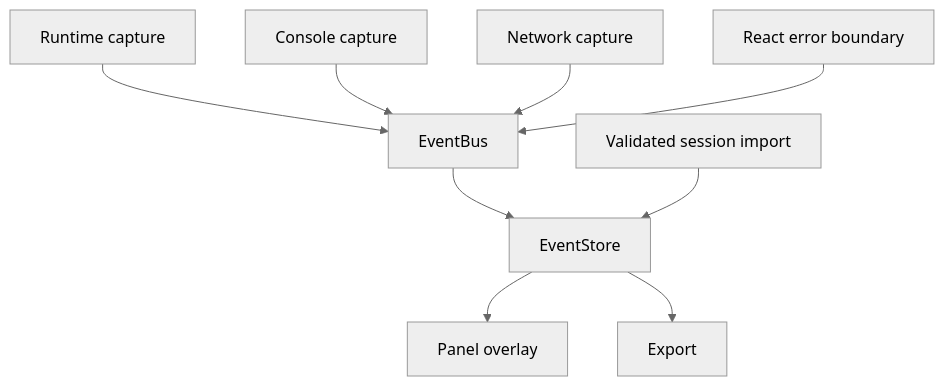
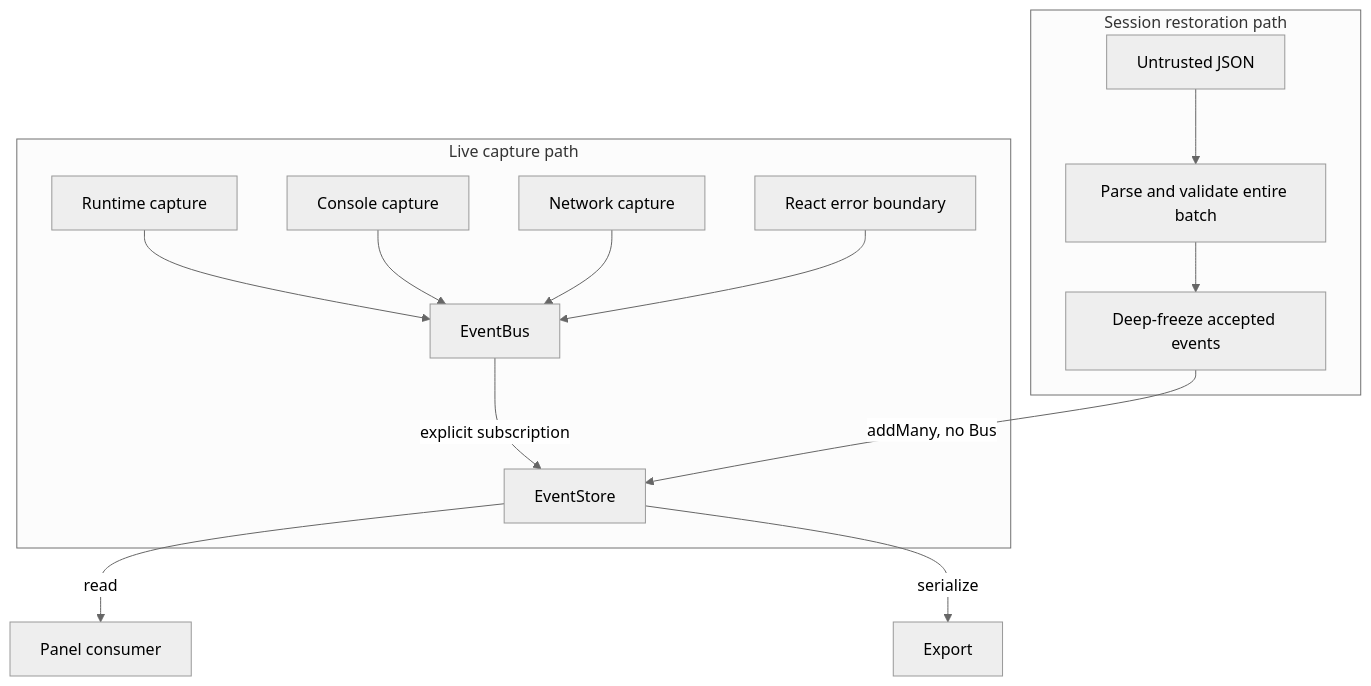
One commit to Mystify7777/stories changed the diagram in stories/devlens/README.md. Above: the diagram before and after it, drawn with Mermaid (neutral theme). The commit also changed other lines of this file, not shown here.

Commit message:
docs(devlens): strengthen implementation evidence and review precision

````diff
--- a/stories/devlens/README.md
+++ b/stories/devlens/README.md
@@ -27,11 +31,17 @@
 ```mermaid
 flowchart TD
-  R[Runtime capture] --> B[EventBus]
-  C[Console capture] --> B
-  N[Network capture] --> B
-  X[React error boundary] --> B
-  B --> S[EventStore]
-  S --> P[Panel overlay]
-  S --> E[Export]
-  I[Validated session import] --> S
+  subgraph LiveCapture[Live capture path]
+    R[Runtime capture] --> B[EventBus]
+    C[Console capture] --> B
+    N[Network capture] --> B
+    X[React error boundary] --> B
+    B -->|explicit subscription| S[EventStore]
+  end
+  subgraph Restore[Session restoration path]
+    J[Untrusted JSON] --> V[Parse and validate entire batch]
+    V --> F[Deep-freeze accepted events]
+    F -->|addMany, no Bus| S
+  end
+  S -->|read| P[Panel consumer]
+  S -->|serialize| E[Export]
 ```
````
